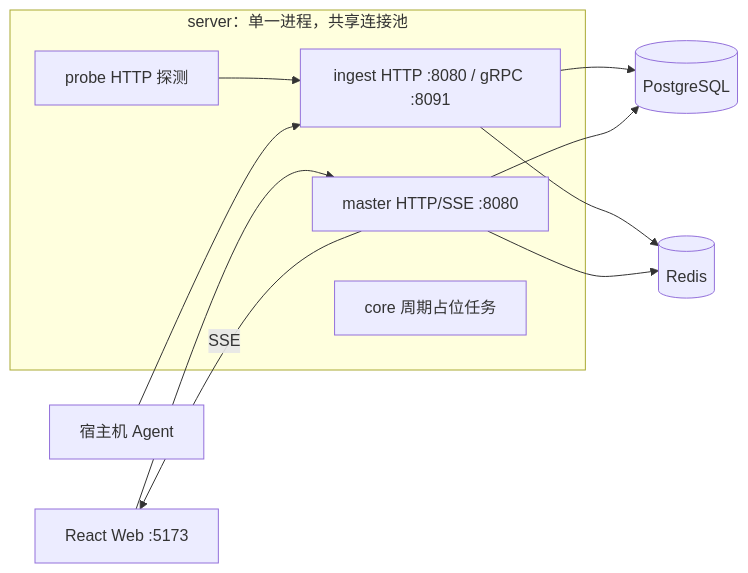
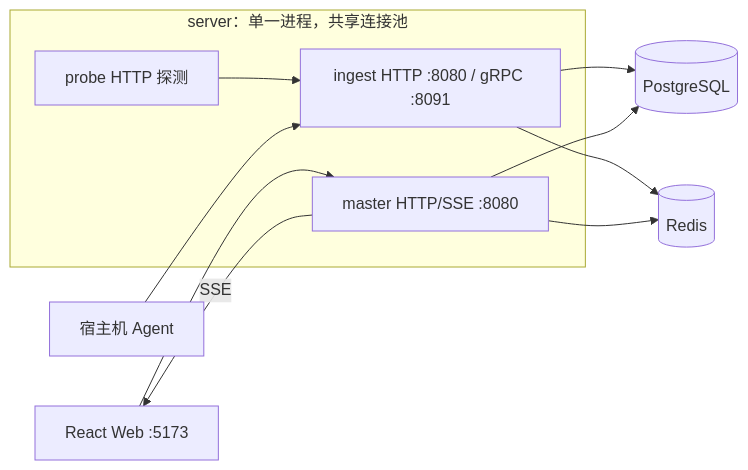
The first of 3 diagrams in docs/01-core/architecture.md (gofxq/gaoming), drawn with Mermaid before and after one commit. The commit also changed other lines of this file and 44 other files, not shown here.

````diff
--- a/docs/01-core/architecture.md
+++ b/docs/01-core/architecture.md
@@ -7,21 +7,20 @@
 ```mermaid
 flowchart LR
     Agent[宿主机 Agent]
     Web[React Web :5173]
     subgraph Server["server：单一进程，共享连接池"]
         Master["master HTTP/SSE :8080"]
         Ingest["ingest HTTP :8080 / gRPC :8091"]
         Probe[probe HTTP 探测]
-        Core[core 周期占位任务]
         Probe --> Ingest
     end
     PG[(PostgreSQL)]
     Redis[(Redis)]
     Agent --> Ingest
     Ingest --> PG
     Ingest --> Redis
     Master --> PG
     Master --> Redis
     Master -->|SSE| Web
     Web --> Master
 ```
````
